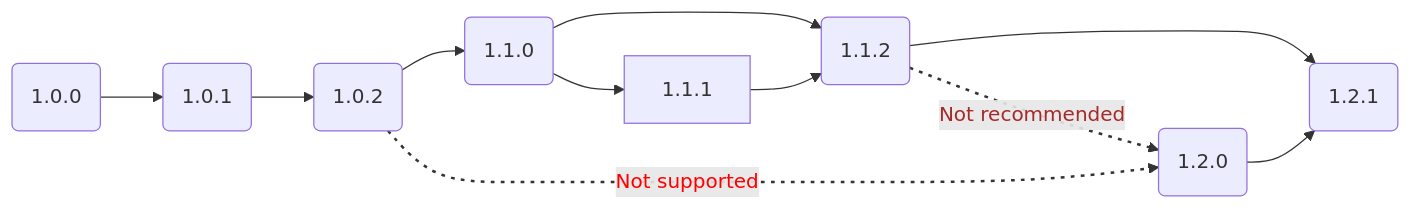
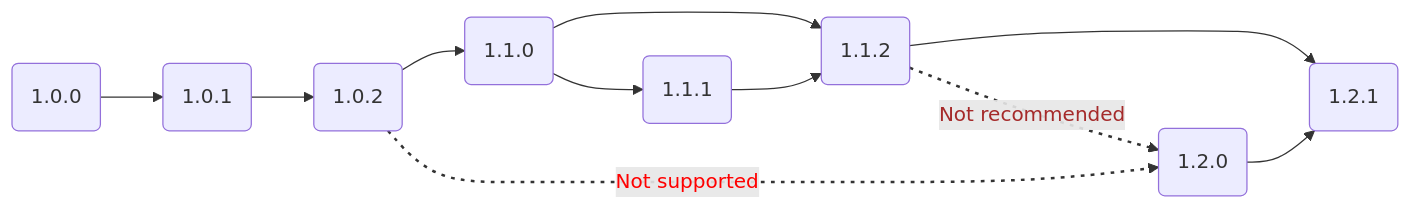
One commit to kubewarden/docs changed the diagram in shared/modules/en/partials/upg-path.adoc. Above: the diagram before and after it, drawn with Mermaid. The commit also changed 7 other files, not shown here.

Commit message:
Improved styling for our two mermaid diagrams.

```diff
--- a/shared/modules/en/partials/upg-path.adoc
+++ b/shared/modules/en/partials/upg-path.adoc
@@ -1,19 +1,18 @@
 [mermaid]
 ....
-%%{init: "theme": "neutral"}%%
 flowchart LR;
   accTitle: Upgrade path support graph
   accDescr: A diagram showing recommended and supported upgrade paths for {short-project-name}.
   1.0.0(1.0.0)-->1.0.1(1.0.1);
   1.0.1-->1.0.2(1.0.2);
   1.0.2-->1.1.0(1.1.0);
   1.1.0-->1.1.2(1.1.2);
-  1.1.0-->1.1.1;
+  1.1.0-->1.1.1(1.1.1);
   1.1.1-->1.1.2;
   1.1.2-->|Not recommended|1.2.0(1.2.0);
   1.0.2-->|Not supported|1.2.0(1.2.0);
   1.1.2-->1.2.1(1.2.1);
   1.2.0-->1.2.1;
   linkStyle 6 color:brown,stroke-width:2px,stroke-dasharray: 3 5
   linkStyle 7 color:red,stroke-width:2px,stroke-dasharray: 3 5
 ....
```
